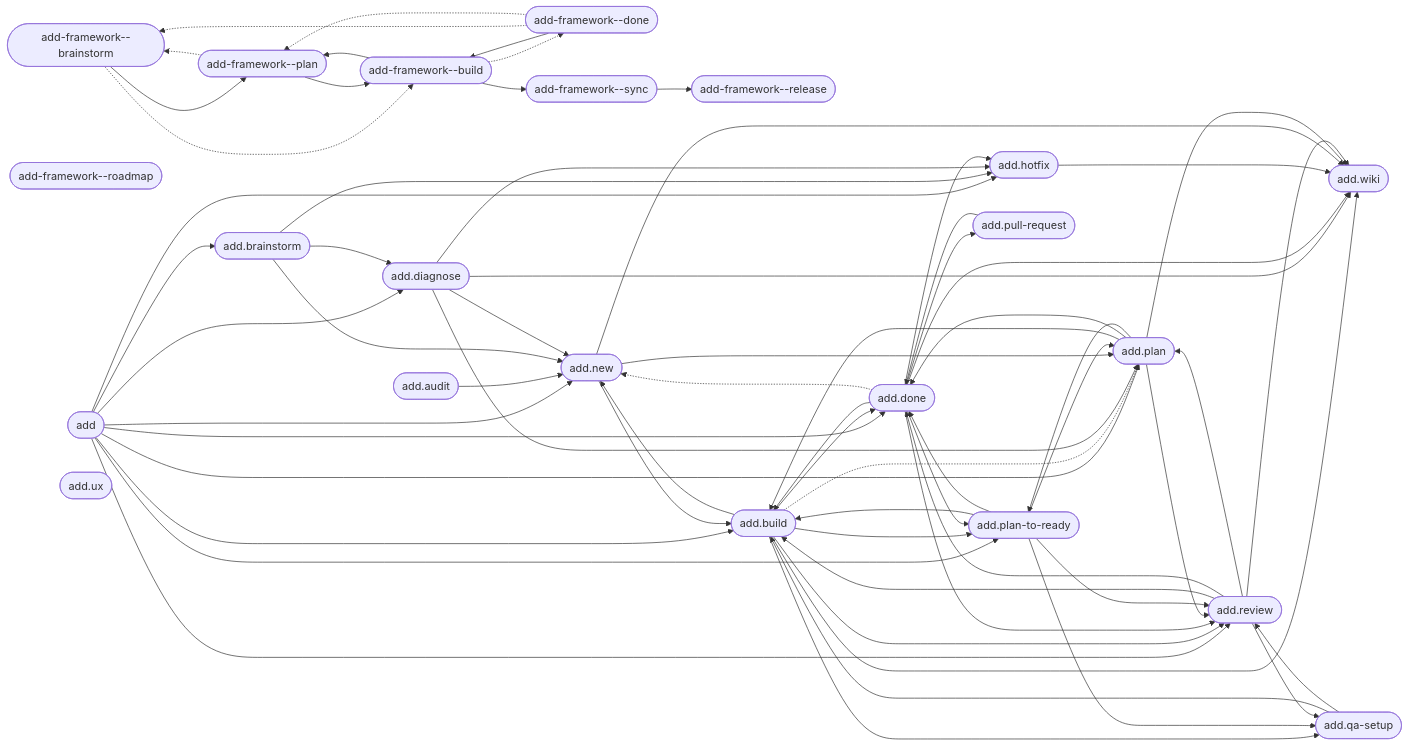
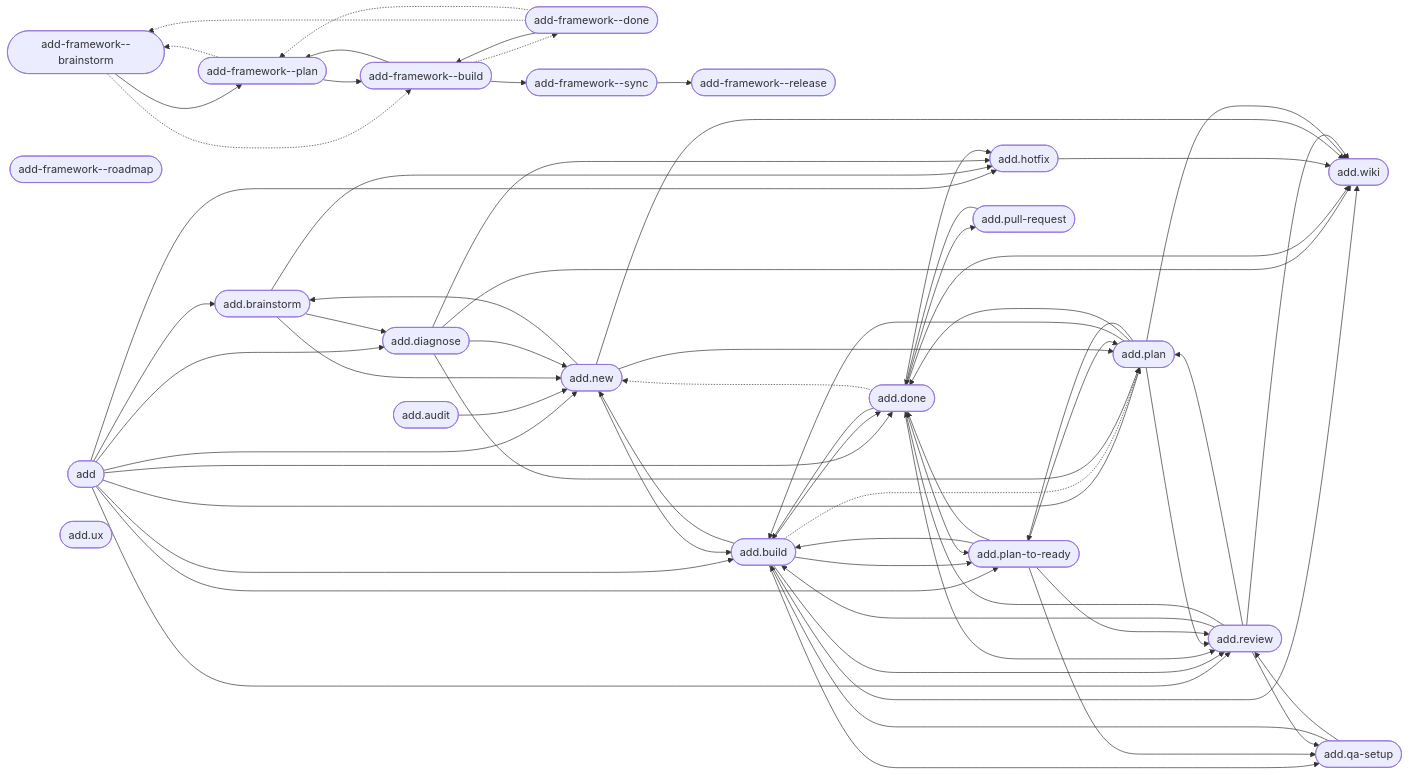
One commit to brabos-ai/code-addiction changed the diagram in web/public/artefact-graph.mmd. Above: the diagram before and after it, drawn with Mermaid. The commit also changed 26 other files, not shown here.

```diff
--- a/web/public/artefact-graph.mmd
+++ b/web/public/artefact-graph.mmd
@@ -1,87 +1,88 @@
 flowchart LR
     n_internal_command_add_framework__brainstorm(["add-framework--brainstorm"])
     n_internal_command_add_framework__build(["add-framework--build"])
     n_internal_command_add_framework__done(["add-framework--done"])
     n_internal_command_add_framework__plan(["add-framework--plan"])
     n_internal_command_add_framework__release(["add-framework--release"])
     n_internal_command_add_framework__roadmap(["add-framework--roadmap"])
     n_internal_command_add_framework__sync(["add-framework--sync"])
     n_product_command_add(["add"])
     n_product_command_add_audit(["add.audit"])
     n_product_command_add_brainstorm(["add.brainstorm"])
     n_product_command_add_build(["add.build"])
     n_product_command_add_diagnose(["add.diagnose"])
     n_product_command_add_done(["add.done"])
     n_product_command_add_hotfix(["add.hotfix"])
     n_product_command_add_new(["add.new"])
     n_product_command_add_plan(["add.plan"])
     n_product_command_add_plan_to_ready(["add.plan-to-ready"])
     n_product_command_add_pull_request(["add.pull-request"])
     n_product_command_add_qa_setup(["add.qa-setup"])
     n_product_command_add_review(["add.review"])
     n_product_command_add_ux(["add.ux"])
     n_product_command_add_wiki(["add.wiki"])
     n_internal_command_add_framework__brainstorm --> n_internal_command_add_framework__plan
     n_internal_command_add_framework__brainstorm -.-> n_internal_command_add_framework__build
     n_internal_command_add_framework__build --> n_internal_command_add_framework__plan
     n_internal_command_add_framework__build --> n_internal_command_add_framework__sync
     n_internal_command_add_framework__build -.-> n_internal_command_add_framework__done
     n_internal_command_add_framework__done --> n_internal_command_add_framework__build
     n_internal_command_add_framework__done -.-> n_internal_command_add_framework__brainstorm
     n_internal_command_add_framework__done -.-> n_internal_command_add_framework__plan
     n_internal_command_add_framework__plan --> n_internal_command_add_framework__build
     n_internal_command_add_framework__plan -.-> n_internal_command_add_framework__brainstorm
     n_internal_command_add_framework__sync --> n_internal_command_add_framework__release
     n_product_command_add --> n_product_command_add_brainstorm
     n_product_command_add --> n_product_command_add_build
     n_product_command_add --> n_product_command_add_diagnose
     n_product_command_add --> n_product_command_add_done
     n_product_command_add --> n_product_command_add_hotfix
     n_product_command_add --> n_product_command_add_new
     n_product_command_add --> n_product_command_add_plan
     n_product_command_add --> n_product_command_add_plan_to_ready
     n_product_command_add --> n_product_command_add_review
     n_product_command_add_audit --> n_product_command_add_new
     n_product_command_add_brainstorm --> n_product_command_add_diagnose
     n_product_command_add_brainstorm --> n_product_command_add_hotfix
     n_product_command_add_brainstorm --> n_product_command_add_new
     n_product_command_add_build --> n_product_command_add_done
     n_product_command_add_build --> n_product_command_add_new
     n_product_command_add_build --> n_product_command_add_plan_to_ready
     n_product_command_add_build --> n_product_command_add_qa_setup
     n_product_command_add_build --> n_product_command_add_review
     n_product_command_add_build --> n_product_command_add_wiki
     n_product_command_add_build -.-> n_product_command_add_plan
     n_product_command_add_diagnose --> n_product_command_add_hotfix
     n_product_command_add_diagnose --> n_product_command_add_new
     n_product_command_add_diagnose --> n_product_command_add_plan
     n_product_command_add_diagnose --> n_product_command_add_wiki
     n_product_command_add_done --> n_product_command_add_build
     n_product_command_add_done --> n_product_command_add_hotfix
     n_product_command_add_done --> n_product_command_add_plan_to_ready
     n_product_command_add_done --> n_product_command_add_pull_request
     n_product_command_add_done --> n_product_command_add_review
     n_product_command_add_done --> n_product_command_add_wiki
     n_product_command_add_done -.-> n_product_command_add_new
     n_product_command_add_hotfix --> n_product_command_add_wiki
+    n_product_command_add_new --> n_product_command_add_brainstorm
     n_product_command_add_new --> n_product_command_add_build
     n_product_command_add_new --> n_product_command_add_plan
     n_product_command_add_new --> n_product_command_add_wiki
     n_product_command_add_plan --> n_product_command_add_build
     n_product_command_add_plan --> n_product_command_add_done
     n_product_command_add_plan --> n_product_command_add_plan_to_ready
     n_product_command_add_plan --> n_product_command_add_review
     n_product_command_add_plan --> n_product_command_add_wiki
     n_product_command_add_plan_to_ready --> n_product_command_add_build
     n_product_command_add_plan_to_ready --> n_product_command_add_done
     n_product_command_add_plan_to_ready --> n_product_command_add_plan
     n_product_command_add_plan_to_ready --> n_product_command_add_qa_setup
     n_product_command_add_plan_to_ready --> n_product_command_add_review
     n_product_command_add_pull_request --> n_product_command_add_done
     n_product_command_add_qa_setup --> n_product_command_add_build
     n_product_command_add_qa_setup --> n_product_command_add_review
     n_product_command_add_review --> n_product_command_add_build
     n_product_command_add_review --> n_product_command_add_done
     n_product_command_add_review --> n_product_command_add_plan
     n_product_command_add_review --> n_product_command_add_qa_setup
     n_product_command_add_review --> n_product_command_add_wiki
```
